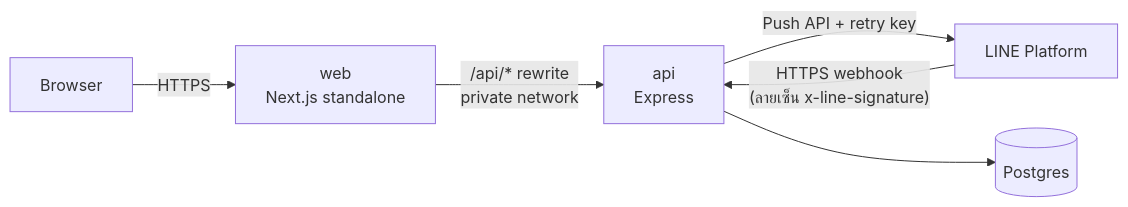
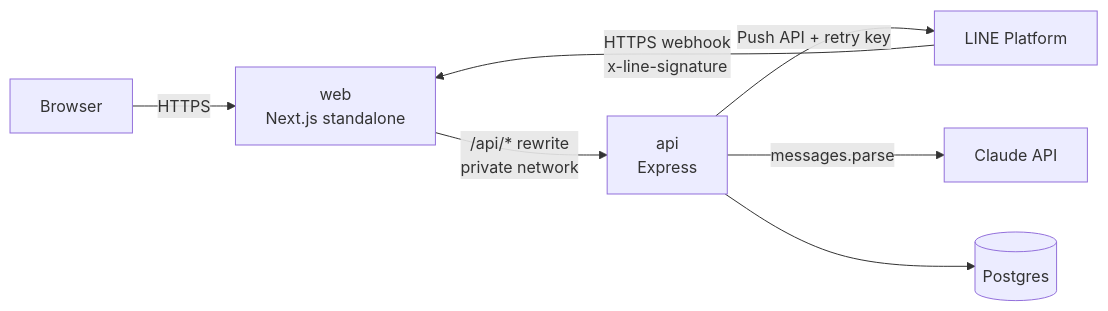
One commit to Werayootk/ai-crm changed the diagram in docs/deploy-railway.md. Above: the diagram before and after it, drawn with Mermaid. The commit also changed other lines of this file and 26 other files, not shown here.

````diff
--- a/docs/deploy-railway.md
+++ b/docs/deploy-railway.md
@@ -8,8 +8,9 @@
 ```mermaid
 flowchart LR
   B[Browser] -- HTTPS --> W[web<br/>Next.js standalone]
+  L[LINE Platform] -- "HTTPS webhook<br/>x-line-signature" --> W
   W -- "/api/* rewrite<br/>private network" --> A[api<br/>Express]
-  L[LINE Platform] -- "HTTPS webhook<br/>(ลายเซ็น x-line-signature)" --> A
   A -- "Push API + retry key" --> L
+  A -- "messages.parse" --> C[Claude API]
   A --> P[(Postgres)]
 ```
````
